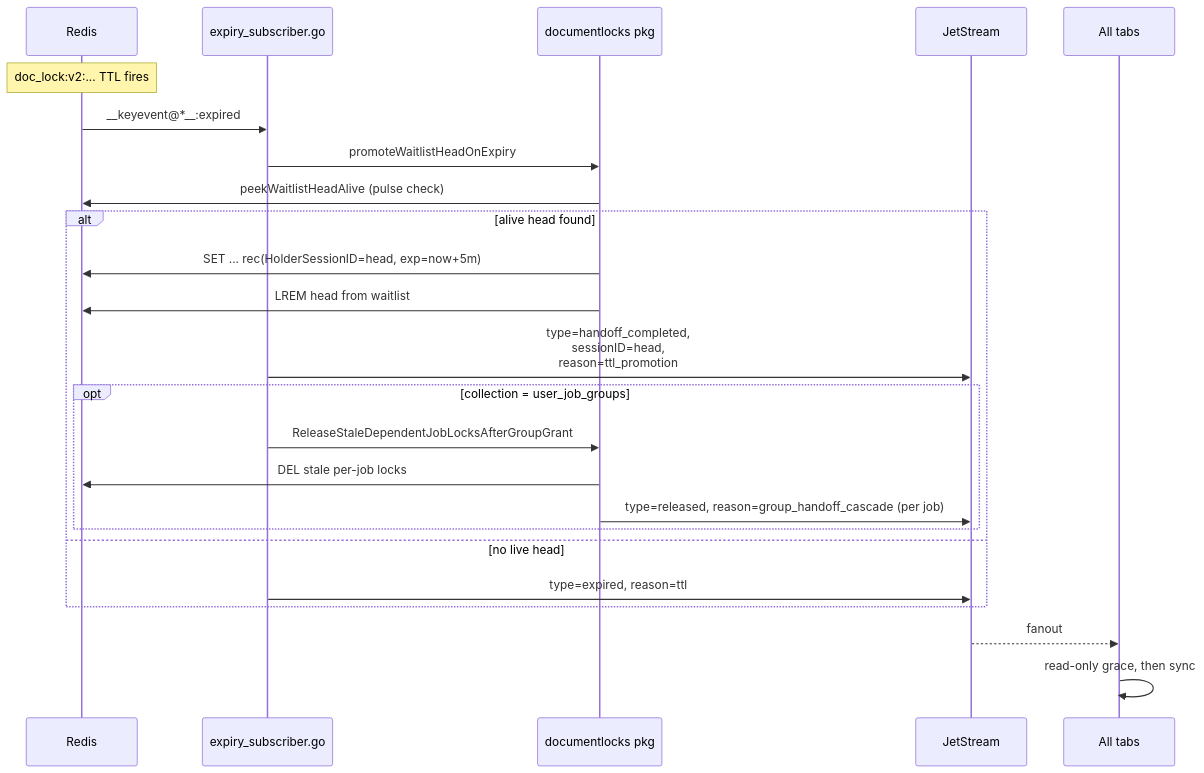
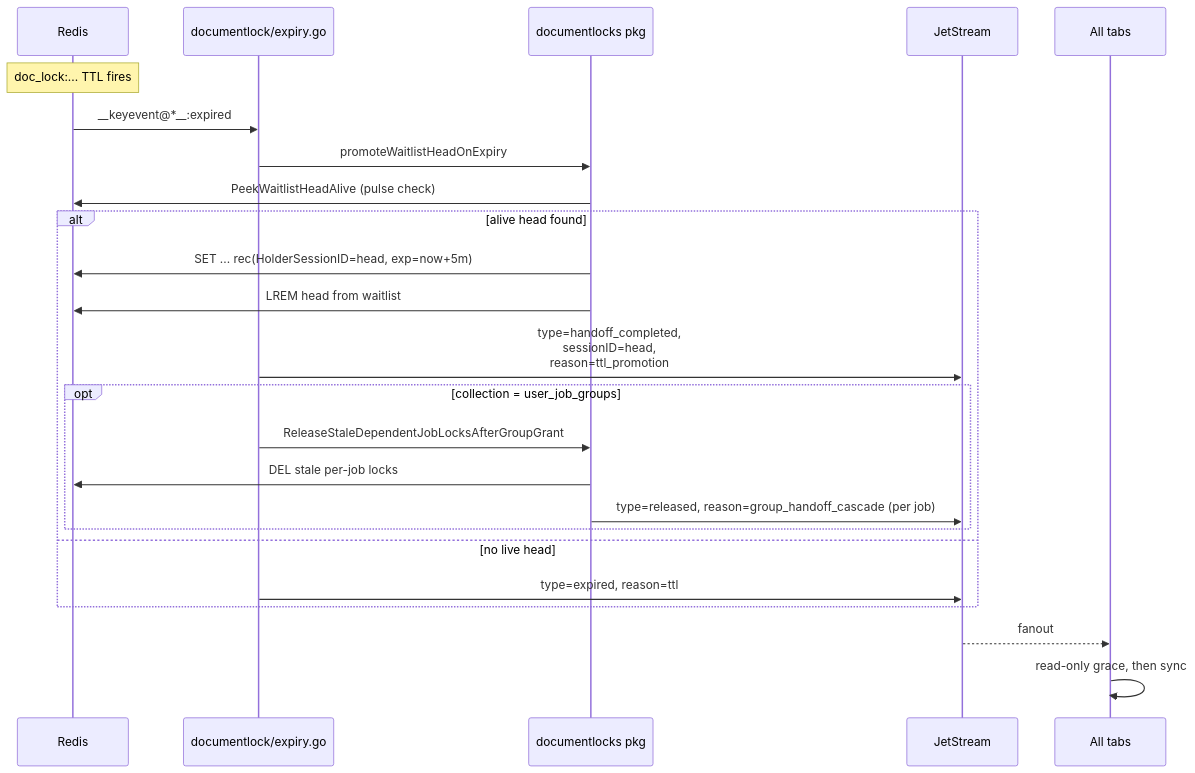
The fourth of 5 diagrams in docs/document-lock/README.md (darcy561/eve-industry-planner), drawn with Mermaid before and after one commit. The commit also changed other lines of this file and 41 other files, not shown here.

First line of the commit message:
refactor(document-lock): enhance document lock handling and update API interactions

````diff
--- a/docs/document-lock/README.md
+++ b/docs/document-lock/README.md
@@ -185,27 +258,27 @@
 ```mermaid
 sequenceDiagram
   participant R as Redis
-  participant E as expiry_subscriber.go
+  participant E as documentlock/expiry.go
   participant API as documentlocks pkg
   participant JS as JetStream
   participant All as All tabs
 
-  Note over R: doc_lock:v2:... TTL fires
+  Note over R: doc_lock:... TTL fires
   R->>E: __keyevent@*__:expired
   E->>API: promoteWaitlistHeadOnExpiry
-  API->>R: peekWaitlistHeadAlive (pulse check)
+  API->>R: PeekWaitlistHeadAlive (pulse check)
   alt alive head found
     API->>R: SET ... rec(HolderSessionID=head, exp=now+5m)
     API->>R: LREM head from waitlist
     E->>JS: type=handoff_completed,<br/>sessionID=head,<br/>reason=ttl_promotion
     opt collection = user_job_groups
       E->>API: ReleaseStaleDependentJobLocksAfterGroupGrant
       API->>R: DEL stale per-job locks
       API->>JS: type=released, reason=group_handoff_cascade (per job)
     end
   else no live head
     E->>JS: type=expired, reason=ttl
   end
   JS-->>All: fanout
   All->>All: read-only grace, then sync
 ```
````
